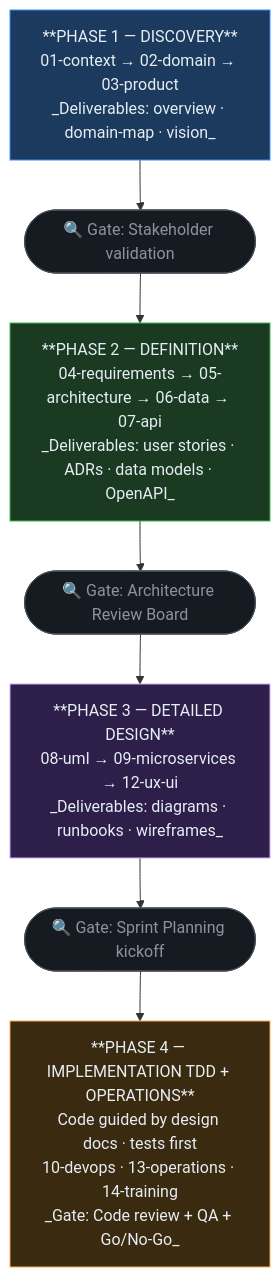
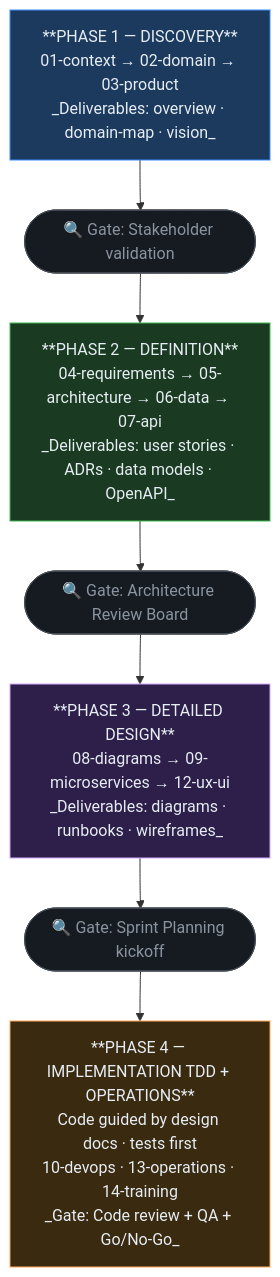
Before and after one commit to code-corhuila/barber-saas-docs: the diagram in 00-sdd-guide.md, drawn with Mermaid. The commit also changed other lines of this file and 8 other files, not shown here.

First line of the commit message:
docs(diagrams): rename section 08-uml to 08-diagrams (#44)

````diff
--- a/00-sdd-guide.md
+++ b/00-sdd-guide.md
@@ -34,20 +34,20 @@
 ```mermaid
 flowchart TD
     P1["**PHASE 1 — DISCOVERY**\n01-context → 02-domain → 03-product\n_Deliverables: overview · domain-map · vision_"]
     G1(["🔍 Gate: Stakeholder validation"])
     P2["**PHASE 2 — DEFINITION**\n04-requirements → 05-architecture → 06-data → 07-api\n_Deliverables: user stories · ADRs · data models · OpenAPI_"]
     G2(["🔍 Gate: Architecture Review Board"])
-    P3["**PHASE 3 — DETAILED DESIGN**\n08-uml → 09-microservices → 12-ux-ui\n_Deliverables: diagrams · runbooks · wireframes_"]
+    P3["**PHASE 3 — DETAILED DESIGN**\n08-diagrams → 09-microservices → 12-ux-ui\n_Deliverables: diagrams · runbooks · wireframes_"]
     G3(["🔍 Gate: Sprint Planning kickoff"])
     P4["**PHASE 4 — IMPLEMENTATION TDD + OPERATIONS**\nCode guided by design docs · tests first\n10-devops · 13-operations · 14-training\n_Gate: Code review + QA + Go/No-Go_"]
 
     P1 --> G1 --> P2 --> G2 --> P3 --> G3 --> P4
 
     style P1 fill:#1c3a5e,stroke:#388bfd,color:#e6edf3
     style P2 fill:#1a3a22,stroke:#3fb950,color:#e6edf3
     style P3 fill:#2d1f4a,stroke:#d2a8ff,color:#e6edf3
     style P4 fill:#3a2a10,stroke:#ffa657,color:#e6edf3
     style G1 fill:#161b22,stroke:#484f58,color:#8b949e
     style G2 fill:#161b22,stroke:#484f58,color:#8b949e
     style G3 fill:#161b22,stroke:#484f58,color:#8b949e
 ```
````
